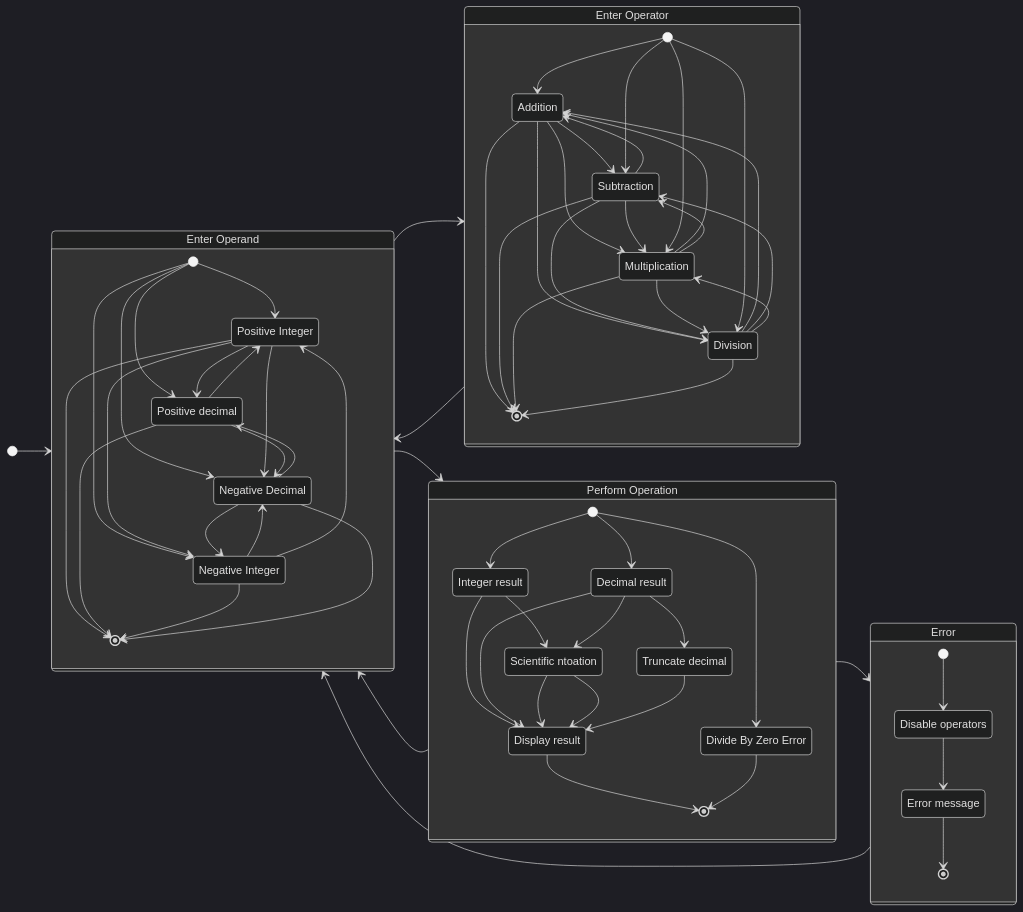
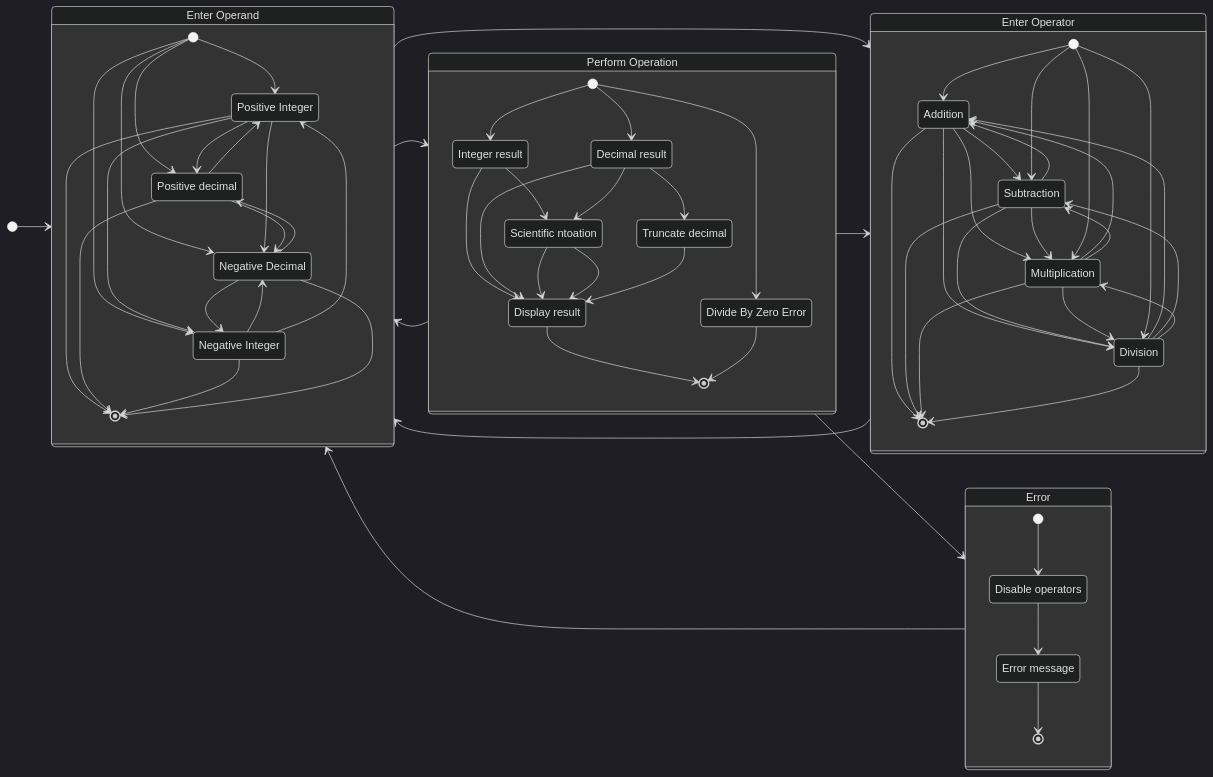
The first of 2 diagrams in README.md (kp-pham/calculator), drawn with Mermaid (dark theme) before and after one commit. The commit also changed other lines of this file, not shown here.

```diff
--- a/README.md
+++ b/README.md
@@ -184,6 +185,7 @@
   }
 
   Perform --> Operand
+  Perform --> Operator
   Perform --> Error
 
   state Error {
```
